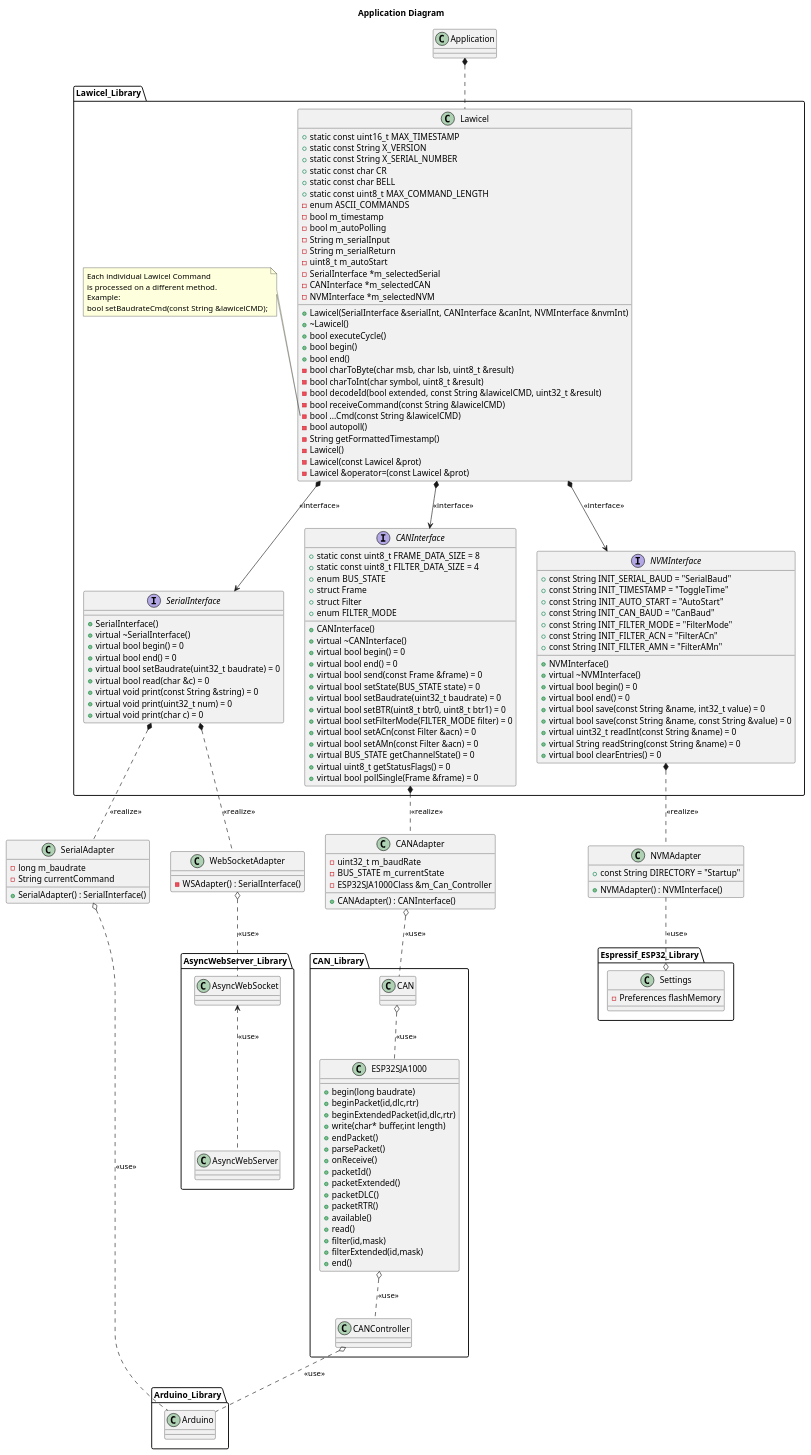
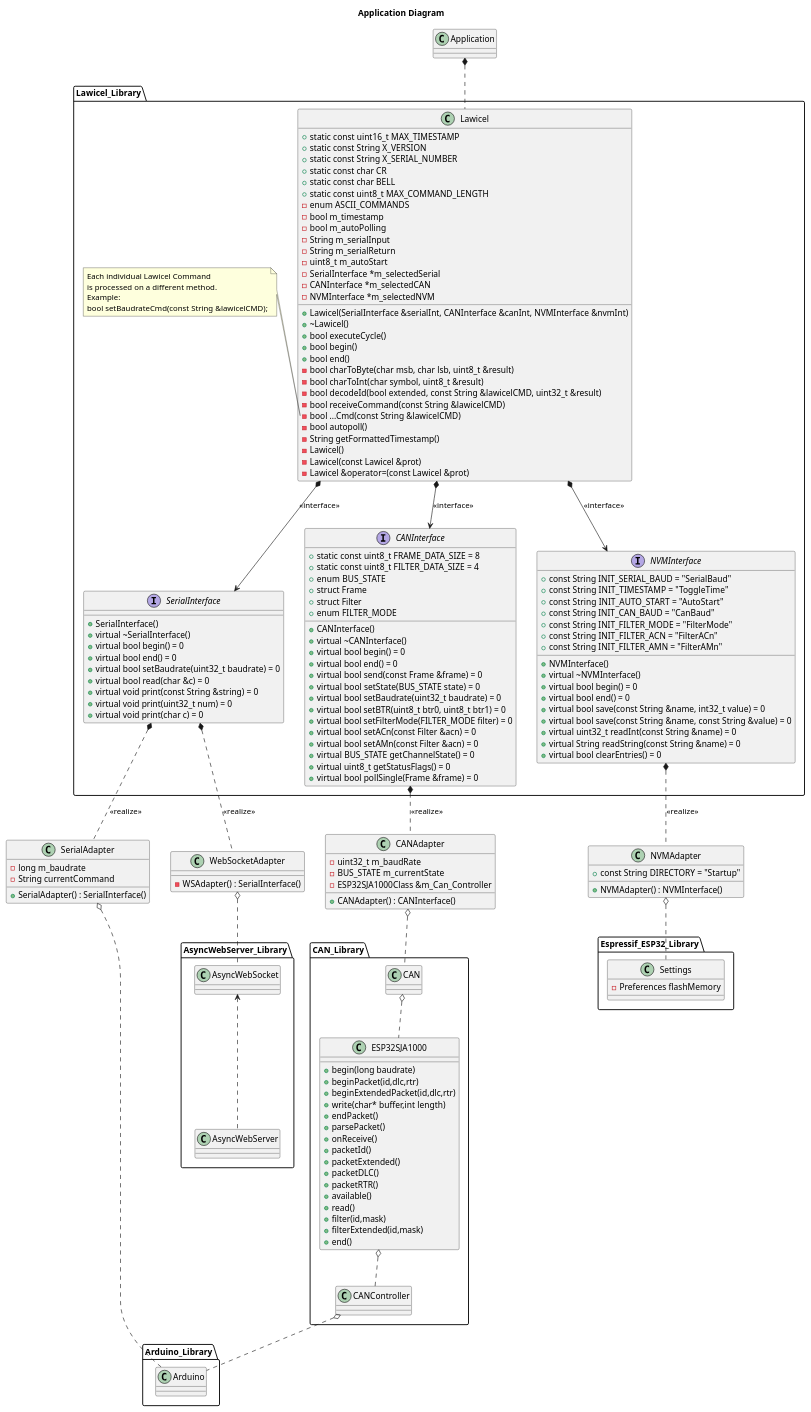
The diagram in Coding/fw/doc/design/Architecture_Lawicel.plantuml (NewTec-GmbH/esp32-can-iot), drawn with PlantUML before and after one commit.

Commit message:
Deleted Use labels

```diff
--- a/Coding/fw/doc/design/Architecture_Lawicel.plantuml
+++ b/Coding/fw/doc/design/Architecture_Lawicel.plantuml
@@ -1,186 +1,186 @@
 @startuml
 
 Title Application Diagram
 
 Class Application
 
 package Lawicel_Library <<Folder>>{
     Class Lawicel{
         +static const uint16_t MAX_TIMESTAMP
         +static const String X_VERSION
         +static const String X_SERIAL_NUMBER
         +static const char CR
         +static const char BELL
         +static const uint8_t MAX_COMMAND_LENGTH
         +Lawicel(SerialInterface &serialInt, CANInterface &canInt, NVMInterface &nvmInt)
         +~Lawicel()
         +bool executeCycle()
         +bool begin()
         +bool end()
         -enum ASCII_COMMANDS
         -bool charToByte(char msb, char lsb, uint8_t &result)
         -bool charToInt(char symbol, uint8_t &result)
         -bool decodeId(bool extended, const String &lawicelCMD, uint32_t &result)
         -bool receiveCommand(const String &lawicelCMD)
         -bool ...Cmd(const String &lawicelCMD)
         -bool autopoll()
         -String getFormattedTimestamp()
         -bool m_timestamp
         -bool m_autoPolling
         -String m_serialInput
         -String m_serialReturn
         -uint8_t m_autoStart
         -SerialInterface *m_selectedSerial
         -CANInterface *m_selectedCAN
         -NVMInterface *m_selectedNVM
         -Lawicel()
         -Lawicel(const Lawicel &prot)
         -Lawicel &operator=(const Lawicel &prot)
     }
 
     note left  of Lawicel::...Cmd
     Each individual Lawicel Command
     is processed on a different method.
     Example:
     bool setBaudrateCmd(const String &lawicelCMD);
     end note
 
     Application *.. Lawicel
 
     Interface SerialInterface{
         +SerialInterface()
         +virtual ~SerialInterface()
         +virtual bool begin() = 0
         +virtual bool end() = 0
         +virtual bool setBaudrate(uint32_t baudrate) = 0
         +virtual bool read(char &c) = 0
         +virtual void print(const String &string) = 0
         +virtual void print(uint32_t num) = 0
         +virtual void print(char c) = 0
     }
 
     Interface CANInterface {
         +static const uint8_t FRAME_DATA_SIZE = 8
         +static const uint8_t FILTER_DATA_SIZE = 4
         +enum BUS_STATE
         +struct Frame
         +struct Filter
         +enum FILTER_MODE
         +CANInterface()
         +virtual ~CANInterface()
         +virtual bool begin() = 0
         +virtual bool end() = 0
         +virtual bool send(const Frame &frame) = 0
         +virtual bool setState(BUS_STATE state) = 0
         +virtual bool setBaudrate(uint32_t baudrate) = 0
         +virtual bool setBTR(uint8_t btr0, uint8_t btr1) = 0
         +virtual bool setFilterMode(FILTER_MODE filter) = 0
         +virtual bool setACn(const Filter &acn) = 0
         +virtual bool setAMn(const Filter &acn) = 0
         +virtual BUS_STATE getChannelState() = 0
         +virtual uint8_t getStatusFlags() = 0
         +virtual bool pollSingle(Frame &frame) = 0
     }
 
     Interface NVMInterface{
         +const String INIT_SERIAL_BAUD = "SerialBaud"
         +const String INIT_TIMESTAMP = "ToggleTime"
         +const String INIT_AUTO_START = "AutoStart"
         +const String INIT_CAN_BAUD = "CanBaud"
         +const String INIT_FILTER_MODE = "FilterMode"
         +const String INIT_FILTER_ACN = "FilterACn"
         +const String INIT_FILTER_AMN = "FilterAMn"
         +NVMInterface()
         +virtual ~NVMInterface()
         +virtual bool begin() = 0
         +virtual bool end() = 0
         +virtual bool save(const String &name, int32_t value) = 0
         +virtual bool save(const String &name, const String &value) = 0
         +virtual uint32_t readInt(const String &name) = 0
         +virtual String readString(const String &name) = 0
         +virtual bool clearEntries() = 0
     }
 
     Lawicel *--> SerialInterface : <<interface>>
     Lawicel *--> CANInterface : <<interface>>
     Lawicel *--> NVMInterface : <<interface>>
 }
 
 Class SerialAdapter{
     +SerialAdapter() : SerialInterface()
     -long m_baudrate
     -String currentCommand
 }
 
 Class CANAdapter{
     +CANAdapter() : CANInterface()
     -uint32_t m_baudRate
     -BUS_STATE m_currentState
     -ESP32SJA1000Class &m_Can_Controller
 }
 
 Class NVMAdapter{
     +const String DIRECTORY = "Startup"
     +NVMAdapter() : NVMInterface()
 }
 
 Class WebSocketAdapter{
     -WSAdapter() : SerialInterface()
 }
 
 NVMInterface *.down. NVMAdapter : <<realize>>
 SerialInterface *.down. SerialAdapter : <<realize>>
 CANInterface *.down. CANAdapter : <<realize>>
 SerialInterface *.down. WebSocketAdapter : <<realize>>
 
 package Espressif_ESP32_Library{
     Class Settings{
         -Preferences flashMemory
     }
 }
 
-NVMAdapter ..o Settings : <<use>>
+NVMAdapter o.. Settings
 
 package Arduino_Library{
     Class Arduino
-    Arduino  .up.o SerialAdapter : <<use>>
+    Arduino  .up.o SerialAdapter
 }
 
 package CAN_Library <<Folder>>{
     Class CAN
     Class ESP32SJA1000{
         +begin(long baudrate)
         +beginPacket(id,dlc,rtr)
         +beginExtendedPacket(id,dlc,rtr)
         +write(char* buffer,int length)
         +endPacket()
         +parsePacket()
         +onReceive()
         +packetId()
         +packetExtended()
         +packetDLC()
         +packetRTR()
         +available()
         +read()
         +filter(id,mask)
         +filterExtended(id,mask)
         +end()
     }
     Class CANController
-    CAN  .up.o CANAdapter: <<use>>
-    ESP32SJA1000  .up.o CAN: <<use>>
-    CANController  .up.o ESP32SJA1000: <<use>>
-    Arduino .up.o CANController: <<use>>
+    CAN  .up.o CANAdapter
+    ESP32SJA1000  .up.o CAN
+    CANController  .up.o ESP32SJA1000
+    Arduino .up.o CANController
 }
 
 package AsyncWebServer_Library <<Folder>>{
     class AsyncWebServer
     class AsyncWebSocket
 
-    AsyncWebSocket <.. AsyncWebServer : <<use>>
+    AsyncWebSocket <.. AsyncWebServer
 }
 
-WebSocketAdapter o.. AsyncWebSocket : <<use>>
+WebSocketAdapter o.. AsyncWebSocket
 
 
 @enduml
```
